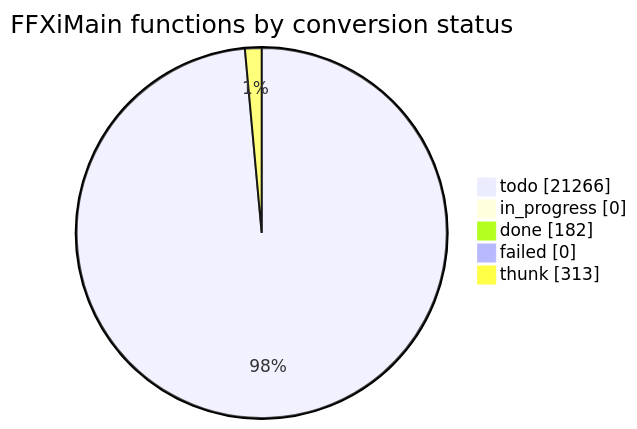
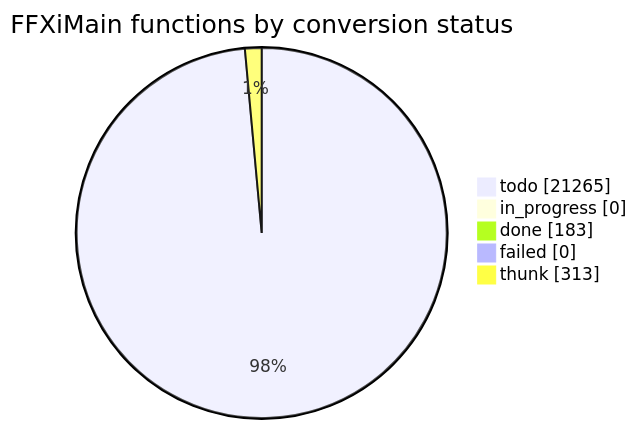
One commit to cowrevenge/cow_kuluu_xi_anything changed the diagram in docs/cow/STATUS.md. Above: the diagram before and after it, drawn with Mermaid. The commit also changed other lines of this file and 9 other files, not shown here.

````diff
--- a/docs/cow/STATUS.md
+++ b/docs/cow/STATUS.md
@@ -18,9 +18,9 @@
 ```mermaid
 pie showData
     title FFXiMain functions by conversion status
-    "todo" : 21266
+    "todo" : 21265
     "in_progress" : 0
-    "done" : 182
+    "done" : 183
     "failed" : 0
     "thunk" : 313
 ```
````
